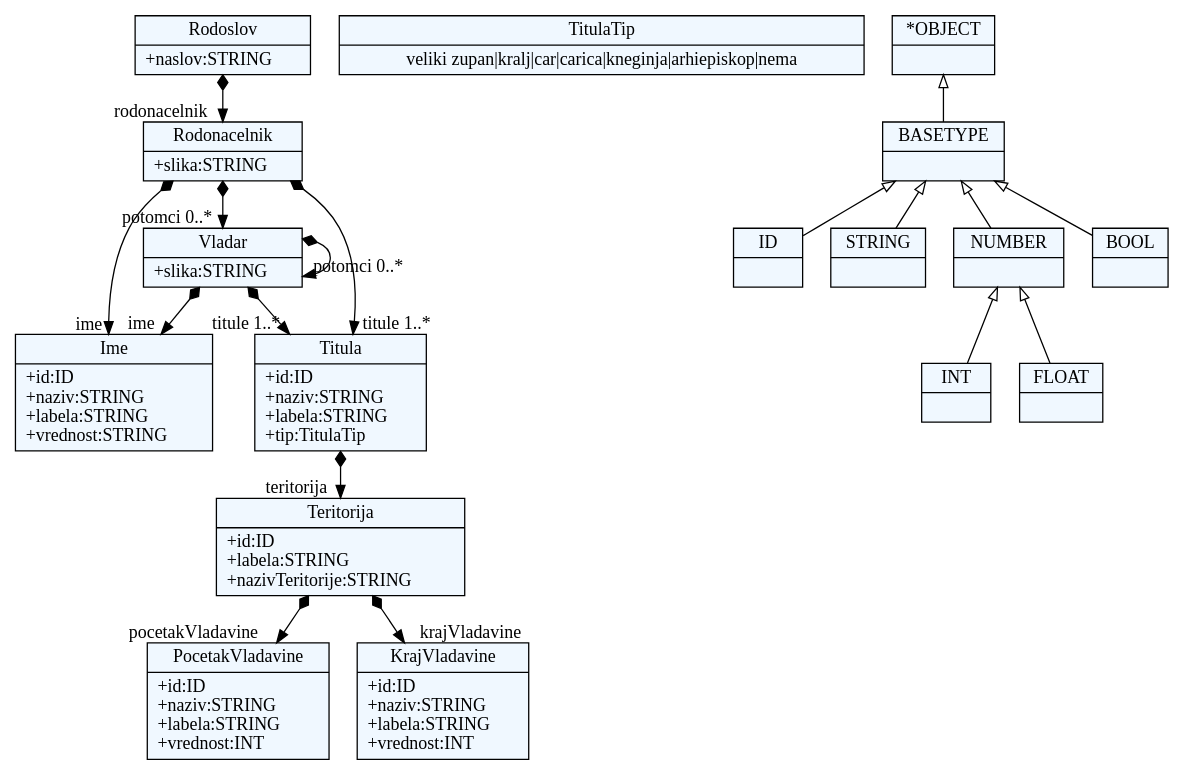
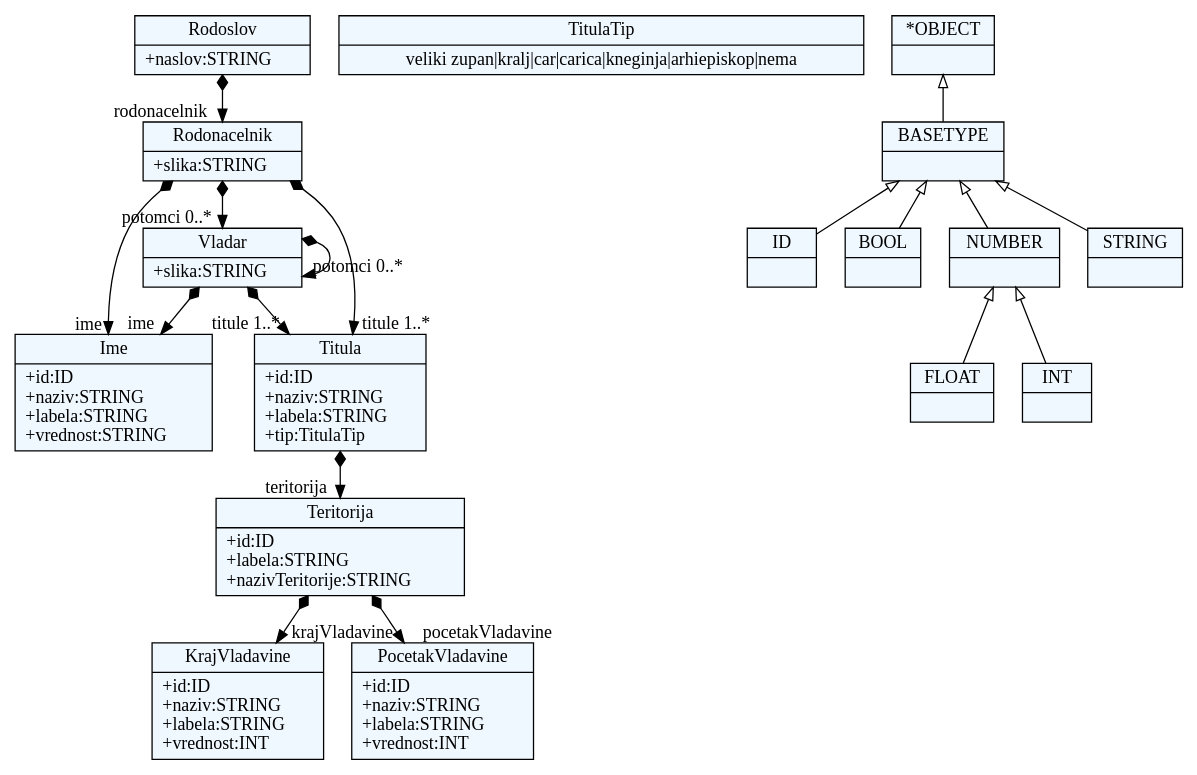
Before and after one commit to milenaL9/JSD_2017: the diagram in Projekat/forms/forms.dot, drawn with Graphviz. The commit also changed 14 other files, not shown here.

```diff
--- a/Projekat/forms/forms.dot
+++ b/Projekat/forms/forms.dot
@@ -1,66 +1,66 @@
 
     digraph xtext {
     fontname = "Bitstream Vera Sans"
     fontsize = 8
     node[
         shape=record,
         style=filled,
         fillcolor=aliceblue
     ]
     nodesep = 0.3
     edge[dir=black,arrowtail=empty]
 
 
-20526664 -> 20545544[arrowtail=diamond, dir=both, headlabel="ime "]
-20526664 -> 52844088[arrowtail=diamond, dir=both, headlabel="titule 1..*"]
-20526664 -> 20542712[arrowtail=diamond, dir=both, headlabel="potomci 0..*"]
-20526664[ label="{Rodonacelnik|+slika:STRING\l}"]
+1410191150408[ label="{Ime|+id:ID\l+naziv:STRING\l+labela:STRING\l+vrednost:STRING\l}"]
 
-52843144[ label="{PocetakVladavine|+id:ID\l+naziv:STRING\l+labela:STRING\l+vrednost:INT\l}"]
+1410191144744 -> 1410191119256[arrowtail=diamond, dir=both, headlabel="rodonacelnik "]
+1410191144744[ label="{Rodoslov|+naslov:STRING\l}"]
 
-20535160 -> 20526664[arrowtail=diamond, dir=both, headlabel="rodonacelnik "]
-20535160[ label="{Rodoslov|+naslov:STRING\l}"]
+1410191155128[ label="{KrajVladavine|+id:ID\l+naziv:STRING\l+labela:STRING\l+vrednost:INT\l}"]
 
-20542712 -> 20545544[arrowtail=diamond, dir=both, headlabel="ime "]
-20542712 -> 52844088[arrowtail=diamond, dir=both, headlabel="titule 1..*"]
-20542712 -> 20542712[arrowtail=diamond, dir=both, headlabel="potomci 0..*"]
-20542712[ label="{Vladar|+slika:STRING\l}"]
+1410191119256 -> 1410191150408[arrowtail=diamond, dir=both, headlabel="ime "]
+1410191119256 -> 1410191153240[arrowtail=diamond, dir=both, headlabel="titule 1..*"]
+1410191119256 -> 1410191148520[arrowtail=diamond, dir=both, headlabel="potomci 0..*"]
+1410191119256[ label="{Rodonacelnik|+slika:STRING\l}"]
 
-52849752 -> 52843144[arrowtail=diamond, dir=both, headlabel="pocetakVladavine "]
-52849752 -> 52852584[arrowtail=diamond, dir=both, headlabel="krajVladavine "]
-52849752[ label="{Teritorija|+id:ID\l+labela:STRING\l+nazivTeritorije:STRING\l}"]
+1410191153240 -> 1410191174008[arrowtail=diamond, dir=both, headlabel="teritorija "]
+1410191153240[ label="{Titula|+id:ID\l+naziv:STRING\l+labela:STRING\l+tip:TitulaTip\l}"]
 
-52846920[ label="{TitulaTip|veliki zupan\|kralj\|car\|carica\|kneginja\|arhiepiskop\|nema}"]
+1410191149464[ label="{PocetakVladavine|+id:ID\l+naziv:STRING\l+labela:STRING\l+vrednost:INT\l}"]
 
-20545544[ label="{Ime|+id:ID\l+naziv:STRING\l+labela:STRING\l+vrednost:STRING\l}"]
+1410191148520 -> 1410191150408[arrowtail=diamond, dir=both, headlabel="ime "]
+1410191148520 -> 1410191153240[arrowtail=diamond, dir=both, headlabel="titule 1..*"]
+1410191148520 -> 1410191148520[arrowtail=diamond, dir=both, headlabel="potomci 0..*"]
+1410191148520[ label="{Vladar|+slika:STRING\l}"]
 
-52844088 -> 52849752[arrowtail=diamond, dir=both, headlabel="teritorija "]
-52844088[ label="{Titula|+id:ID\l+naziv:STRING\l+labela:STRING\l+tip:TitulaTip\l}"]
+1410191174008 -> 1410191149464[arrowtail=diamond, dir=both, headlabel="pocetakVladavine "]
+1410191174008 -> 1410191155128[arrowtail=diamond, dir=both, headlabel="krajVladavine "]
+1410191174008[ label="{Teritorija|+id:ID\l+labela:STRING\l+nazivTeritorije:STRING\l}"]
 
-52852584[ label="{KrajVladavine|+id:ID\l+naziv:STRING\l+labela:STRING\l+vrednost:INT\l}"]
+1410191156072[ label="{TitulaTip|veliki zupan\|kralj\|car\|carica\|kneginja\|arhiepiskop\|nema}"]
 
-20541768[ label="{*OBJECT|}"]
-20541768 -> 20538936 [dir=back]
+1410191124920[ label="{*OBJECT|}"]
+1410191124920 -> 1410191141912 [dir=back]
 
-20521944[ label="{ID|}"]
+1410191137192[ label="{ID|}"]
 
-20524776[ label="{STRING|}"]
+1410191146632[ label="{BOOL|}"]
 
-20530440[ label="{INT|}"]
+1410191140024[ label="{NUMBER|}"]
+1410191140024 -> 1410191120200 [dir=back]
+1410191140024 -> 1410191147576 [dir=back]
 
-20536104[ label="{NUMBER|}"]
-20536104 -> 20533272 [dir=back]
-20536104 -> 20530440 [dir=back]
+1410191147576[ label="{INT|}"]
 
-20533272[ label="{FLOAT|}"]
+1410191120200[ label="{FLOAT|}"]
 
-20527608[ label="{BOOL|}"]
+1410191141912[ label="{BASETYPE|}"]
+1410191141912 -> 1410191140024 [dir=back]
+1410191141912 -> 1410191146632 [dir=back]
+1410191141912 -> 1410191137192 [dir=back]
+1410191141912 -> 1410191138136 [dir=back]
 
-20538936[ label="{BASETYPE|}"]
-20538936 -> 20536104 [dir=back]
-20538936 -> 20527608 [dir=back]
-20538936 -> 20521944 [dir=back]
-20538936 -> 20524776 [dir=back]
+1410191138136[ label="{STRING|}"]
 
 
 }
```
